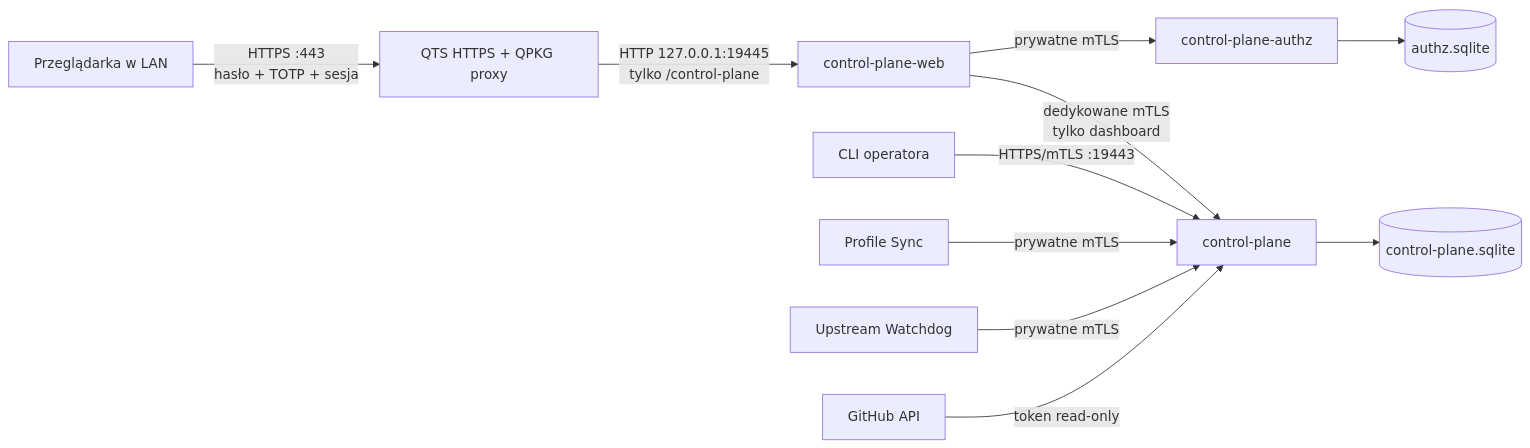
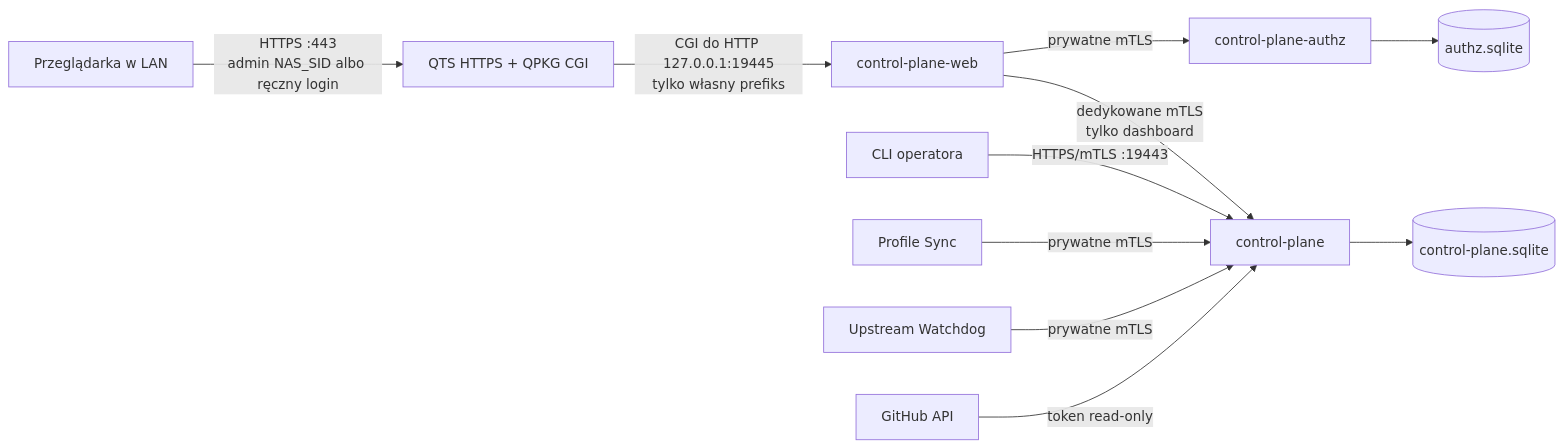
Before and after one commit to mwoDevelop/kodi: the diagram in docs/control-plane/architecture.md, drawn with Mermaid. The commit also changed other lines of this file and 23 other files, not shown here.

First line of the commit message:
Serve Control Plane through stable QTS CGI (#264)

````diff
--- a/docs/control-plane/architecture.md
+++ b/docs/control-plane/architecture.md
@@ -5,13 +5,13 @@
 ```mermaid
 flowchart LR
-  Browser[Przeglądarka w LAN] -->|HTTPS :443<br/>hasło + TOTP + sesja| QTS[QTS HTTPS + QPKG proxy]
-  QTS -->|HTTP 127.0.0.1:19445<br/>tylko /control-plane| Web[control-plane-web]
+  Browser[Przeglądarka w LAN] -->|HTTPS :443<br/>admin NAS_SID albo ręczny login| QTS[QTS HTTPS + QPKG CGI]
+  QTS -->|CGI do HTTP 127.0.0.1:19445<br/>tylko własny prefiks| Web[control-plane-web]
   Web -->|dedykowane mTLS<br/>tylko dashboard| Core[control-plane]
   Web -->|prywatne mTLS| Authz[control-plane-authz]
   Operator[CLI operatora] -->|HTTPS/mTLS :19443| Core
   Profile[Profile Sync] -->|prywatne mTLS| Core
   Watchdog[Upstream Watchdog] -->|prywatne mTLS| Core
   GitHub[GitHub API] -->|token read-only| Core
   Authz --> AuthDB[(authz.sqlite)]
   Core --> CoreDB[(control-plane.sqlite)]
 ```
````
